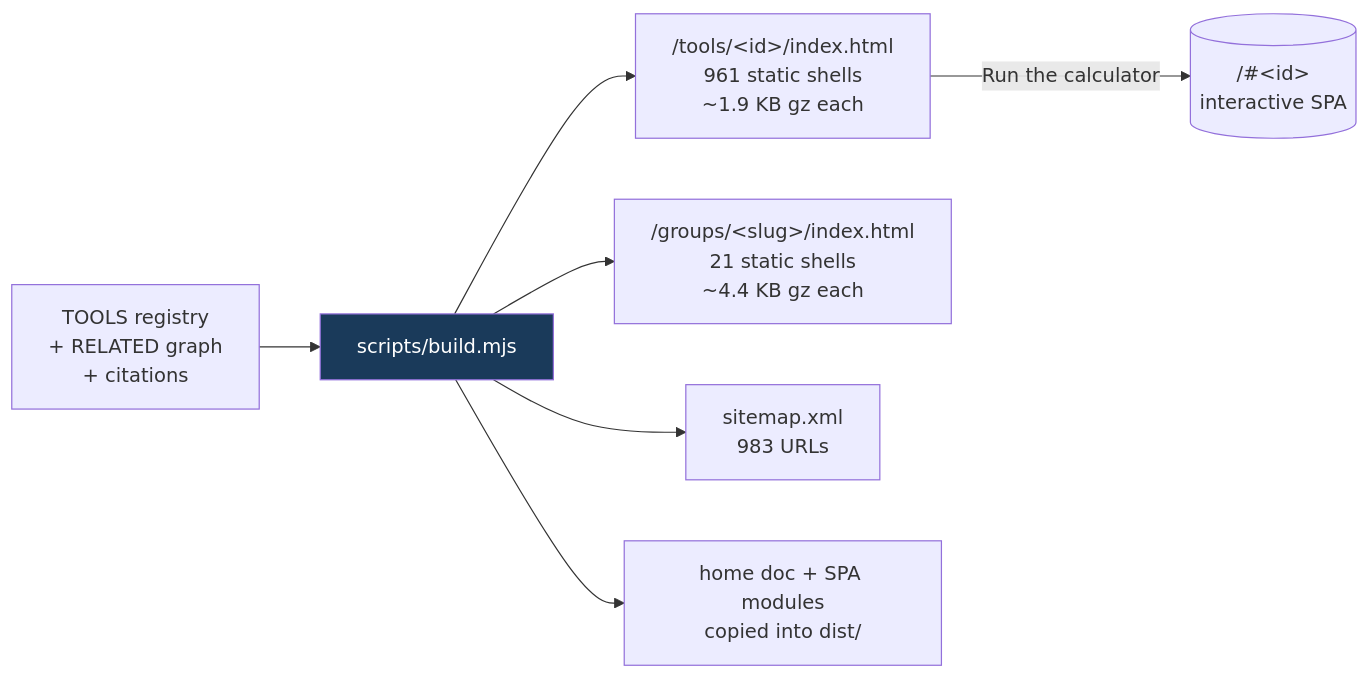
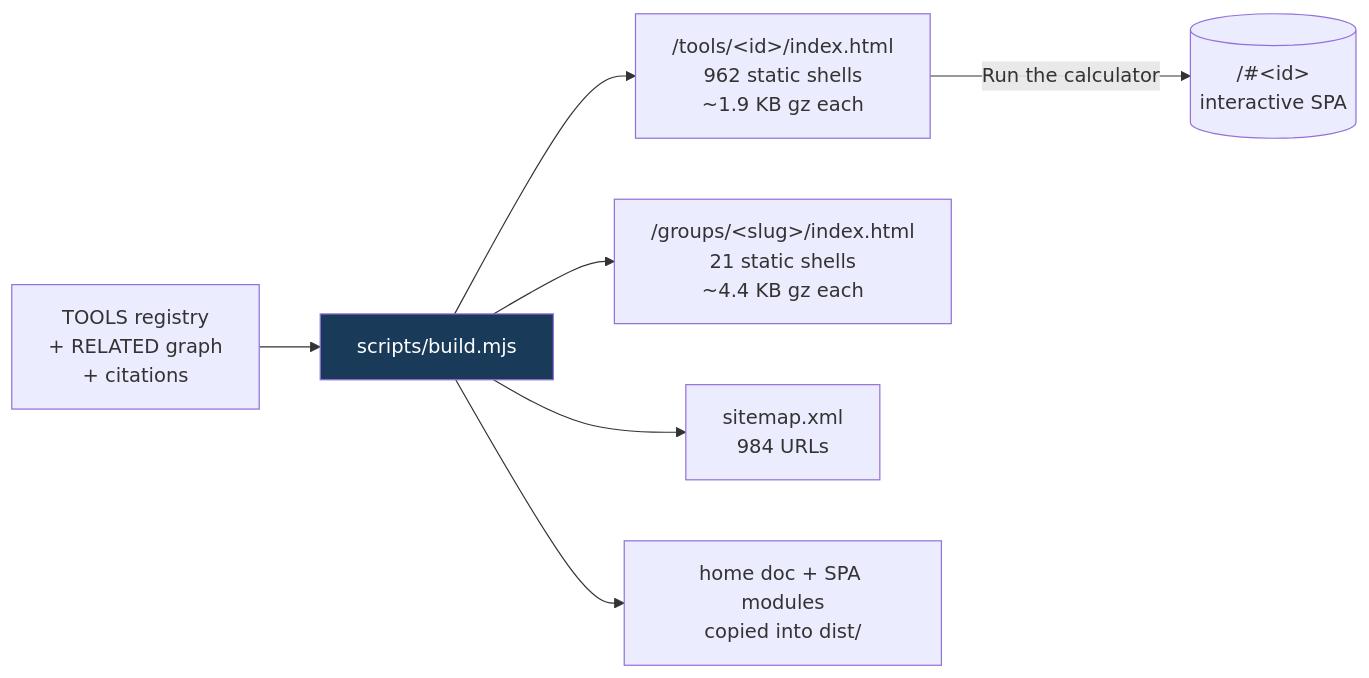
The fifth of 8 diagrams in README.md (clay-good/roughlogic.com), drawn with Mermaid before and after one commit. The commit also changed other lines of this file and 13 other files, not shown here.

````diff
--- a/README.md
+++ b/README.md
@@ -495,10 +495,10 @@
 ```mermaid
 flowchart LR
     SRC[TOOLS registry\n+ RELATED graph\n+ citations] --> BUILD[scripts/build.mjs]
-    BUILD --> TILE["/tools/&lt;id&gt;/index.html\n961 static shells\n~1.9 KB gz each"]
+    BUILD --> TILE["/tools/&lt;id&gt;/index.html\n962 static shells\n~1.9 KB gz each"]
     BUILD --> GROUP["/groups/&lt;slug&gt;/index.html\n21 static shells\n~4.4 KB gz each"]
-    BUILD --> MAP["sitemap.xml\n983 URLs"]
+    BUILD --> MAP["sitemap.xml\n984 URLs"]
     BUILD --> COPY[home doc + SPA modules\ncopied into dist/]
     TILE -->|Run the calculator| SPA[("/#&lt;id&gt;\ninteractive SPA")]
     style BUILD fill:#1a3a5a,color:#fff
 ```
````
